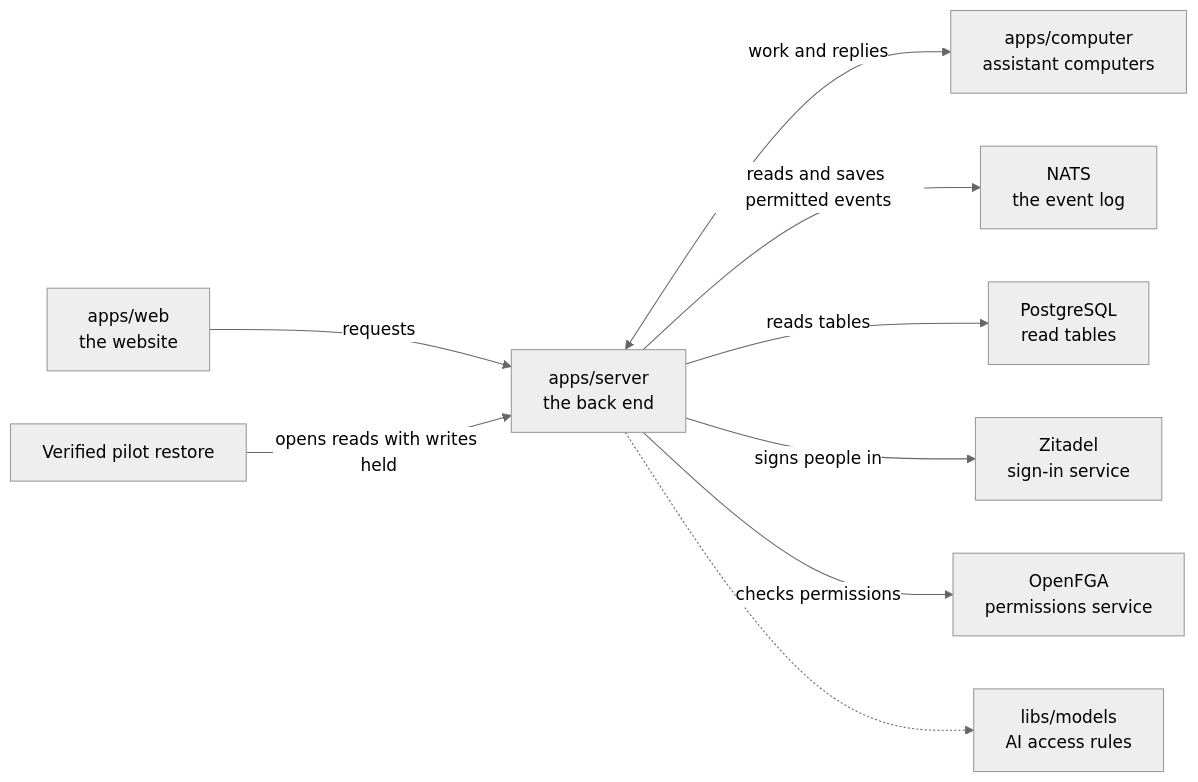
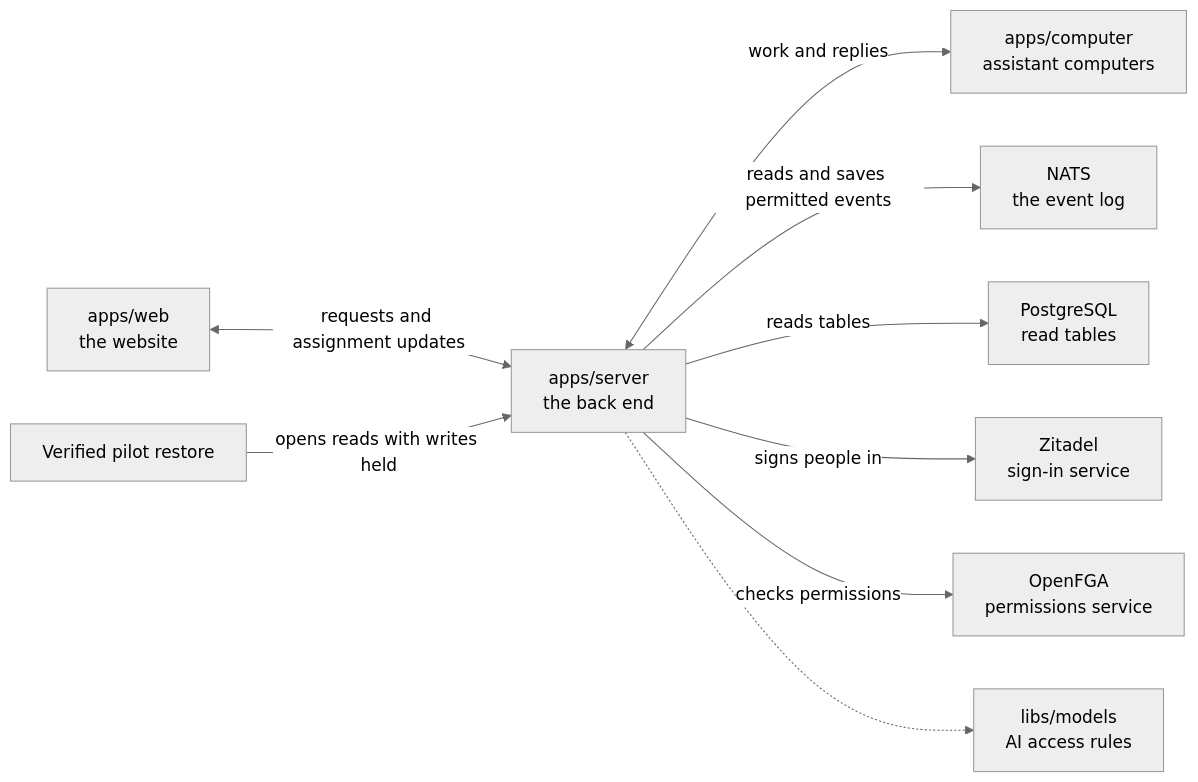
Before and after one commit to elewa-git/opencrane-new: the diagram in apps/server/README.md, drawn with Mermaid (neutral theme). The commit also changed other lines of this file and 390 other files, not shown here.

````diff
--- a/apps/server/README.md
+++ b/apps/server/README.md
@@ -19,11 +19,11 @@
 ```mermaid
 flowchart LR
-  web["apps/web<br/>the website"] -->|requests| server["apps/server<br/>the back end"]
+  web["apps/web<br/>the website"] <-->|requests and assignment updates| server["apps/server<br/>the back end"]
   server <-->|work and replies| computer["apps/computer<br/>assistant computers"]
   server -->|reads and saves permitted events| nats["NATS<br/>the event log"]
   server -->|reads tables| postgres["PostgreSQL<br/>read tables"]
   server -->|signs people in| zitadel["Zitadel<br/>sign-in service"]
   server -->|checks permissions| openfga["OpenFGA<br/>permissions service"]
   restore["Verified pilot restore"] -->|opens reads with writes held| server
   server -.-> models["libs/models<br/>AI access rules"]
 ```
````
